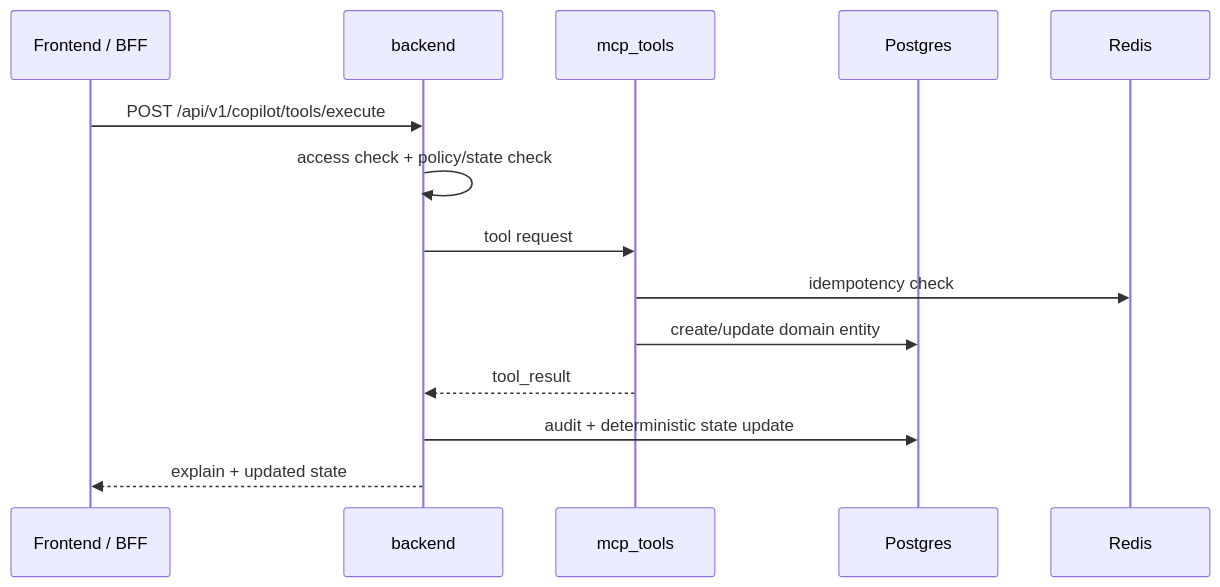
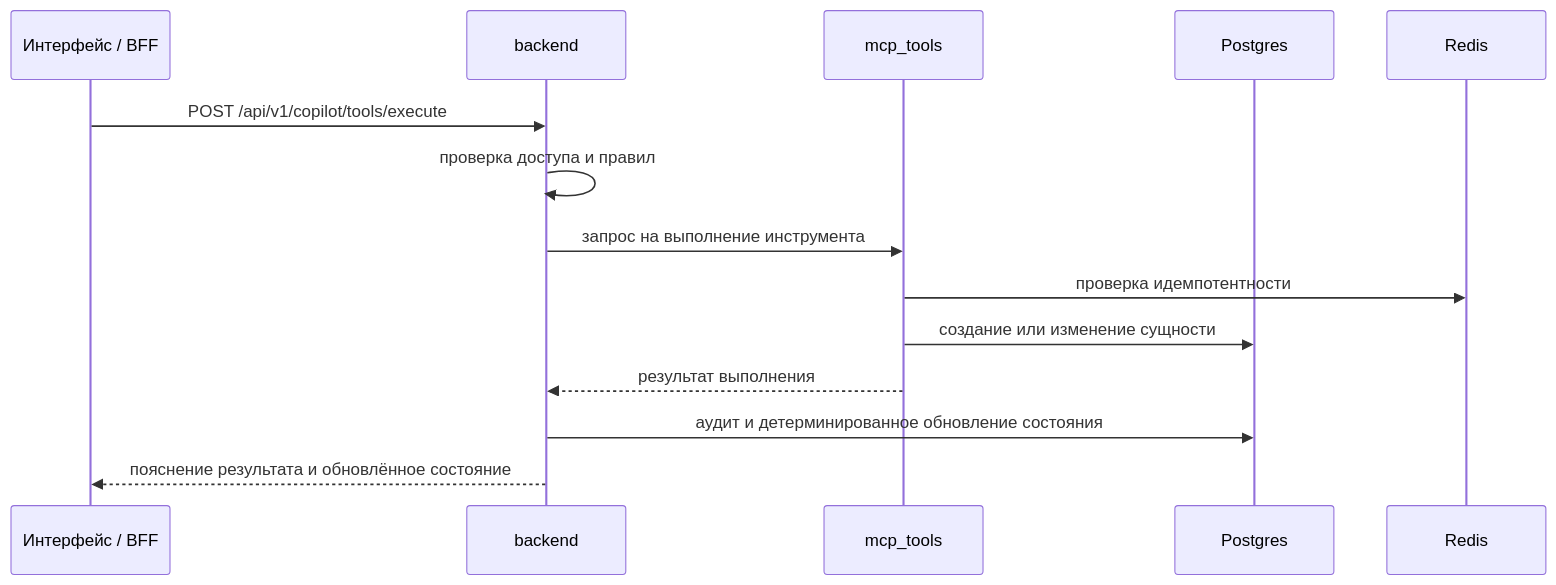
The third of 3 diagrams in README.md (Lin-Lini/llm-copilot-bank-mvp), drawn with Mermaid before and after one commit. The commit also changed other lines of this file and 59 other files, not shown here.

````diff
--- a/README.md
+++ b/README.md
@@ -133,17 +117,17 @@
 ```mermaid
 sequenceDiagram
-    participant UI as Frontend / BFF
+    participant UI as Интерфейс / BFF
     participant BE as backend
     participant MCP as mcp_tools
     participant PG as Postgres
     participant RD as Redis
 
     UI->>BE: POST /api/v1/copilot/tools/execute
-    BE->>BE: access check + policy/state check
-    BE->>MCP: tool request
-    MCP->>RD: idempotency check
-    MCP->>PG: create/update domain entity
-    MCP-->>BE: tool_result
-    BE->>PG: audit + deterministic state update
-    BE-->>UI: explain + updated state
+    BE->>BE: проверка доступа и правил
+    BE->>MCP: запрос на выполнение инструмента
+    MCP->>RD: проверка идемпотентности
+    MCP->>PG: создание или изменение сущности
+    MCP-->>BE: результат выполнения
+    BE->>PG: аудит и детерминированное обновление состояния
+    BE-->>UI: пояснение результата и обновлённое состояние
 ```
````
